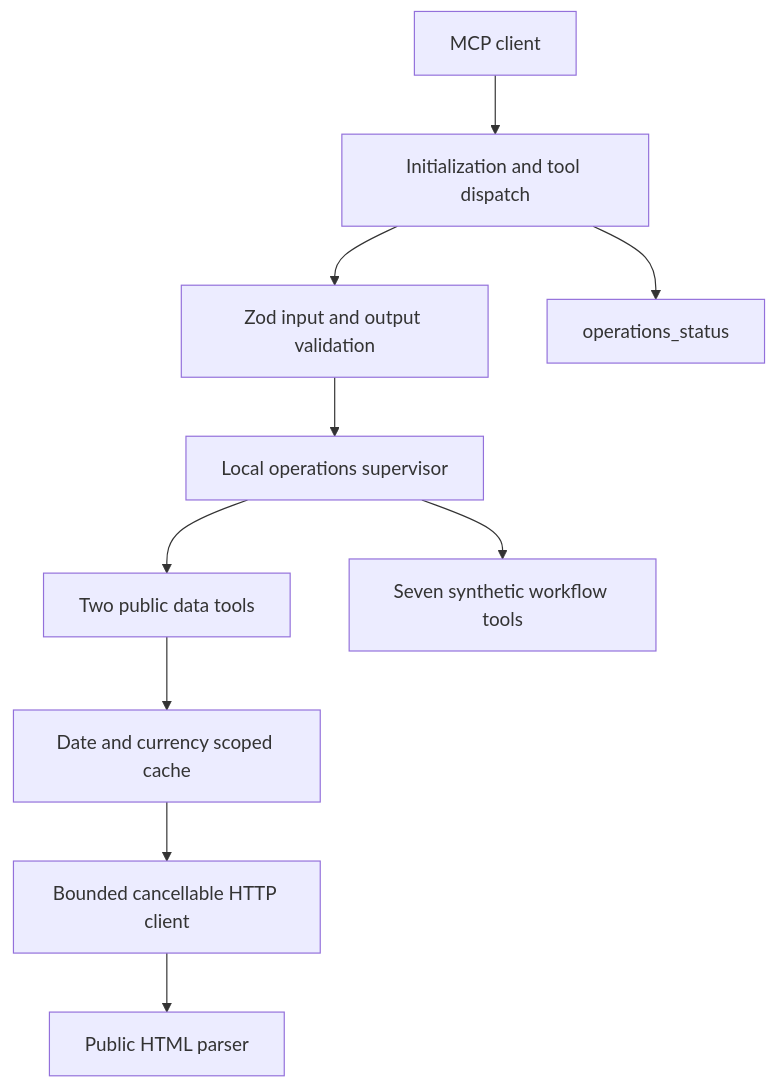
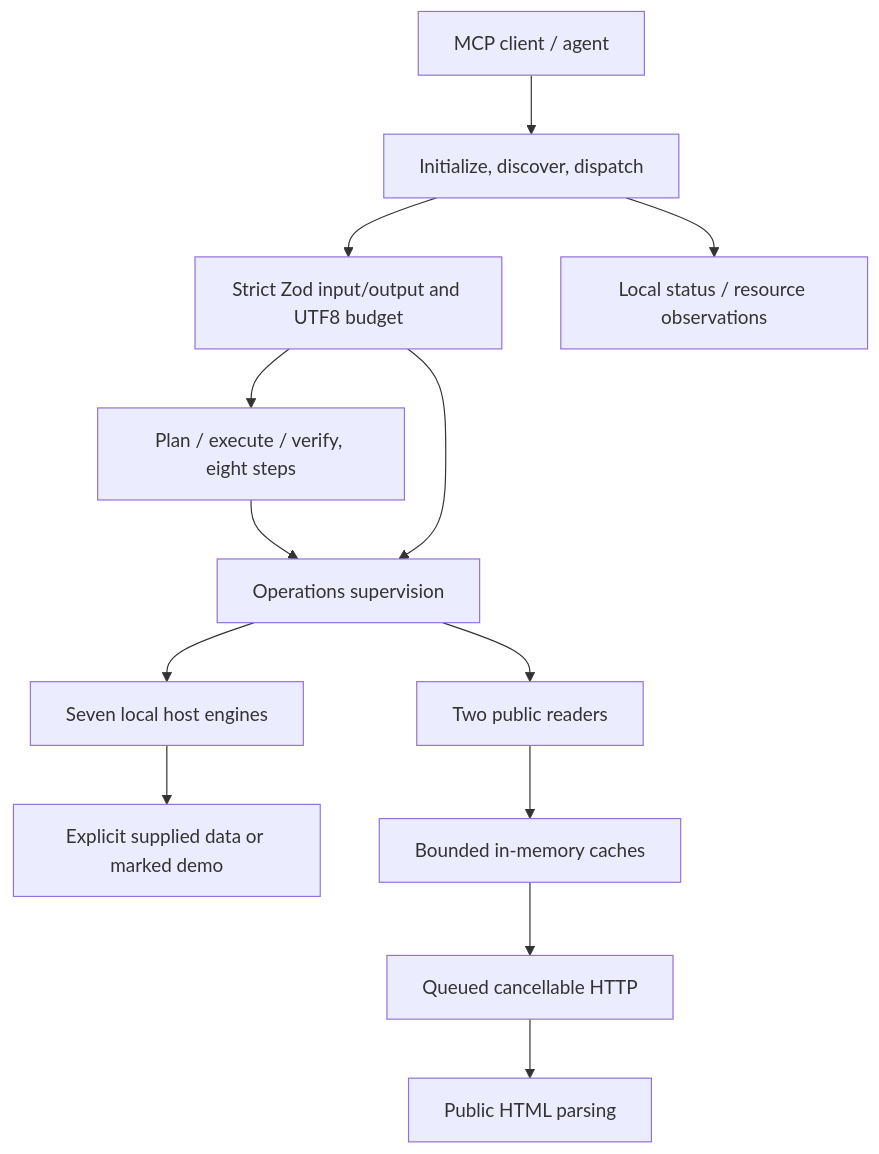
One commit to nicolaskaitinnis1991/mithgard-bnb-mcp changed the diagram in docs/architecture.md. Above: the diagram before and after it, drawn with Mermaid. The commit also changed other lines of this file and 103 other files, not shown here.

Commit message:
feat: implement provided host data and bounded verified workflows

````diff
--- a/docs/architecture.md
+++ b/docs/architecture.md
@@ -5,12 +5,15 @@
 ```mermaid
 flowchart TD
-  Client[MCP client] --> Server[Initialization and tool dispatch]
-  Server --> Registry[Zod input and output validation]
-  Registry --> Agent[Local operations supervisor]
-  Agent --> Public[Two public data tools]
-  Agent --> Demos[Seven synthetic workflow tools]
-  Public --> Cache[Date and currency scoped cache]
-  Cache --> HTTP[Bounded cancellable HTTP client]
-  HTTP --> Parser[Public HTML parser]
-  Server --> Status[operations_status]
+  Client[MCP client / agent] --> Server[Initialize, discover, dispatch]
+  Server --> Registry[Strict Zod input/output and UTF8 budget]
+  Registry --> Flow[Plan / execute / verify, eight steps]
+  Flow --> Agent[Operations supervision]
+  Registry --> Agent
+  Agent --> Public[Two public readers]
+  Agent --> Host[Seven local host engines]
+  Host --> Supplied[Explicit supplied data or marked demo]
+  Public --> Cache[Bounded in-memory caches]
+  Cache --> HTTP[Queued cancellable HTTP]
+  HTTP --> Parser[Public HTML parsing]
+  Server --> Status[Local status / resource observations]
 ```
````
